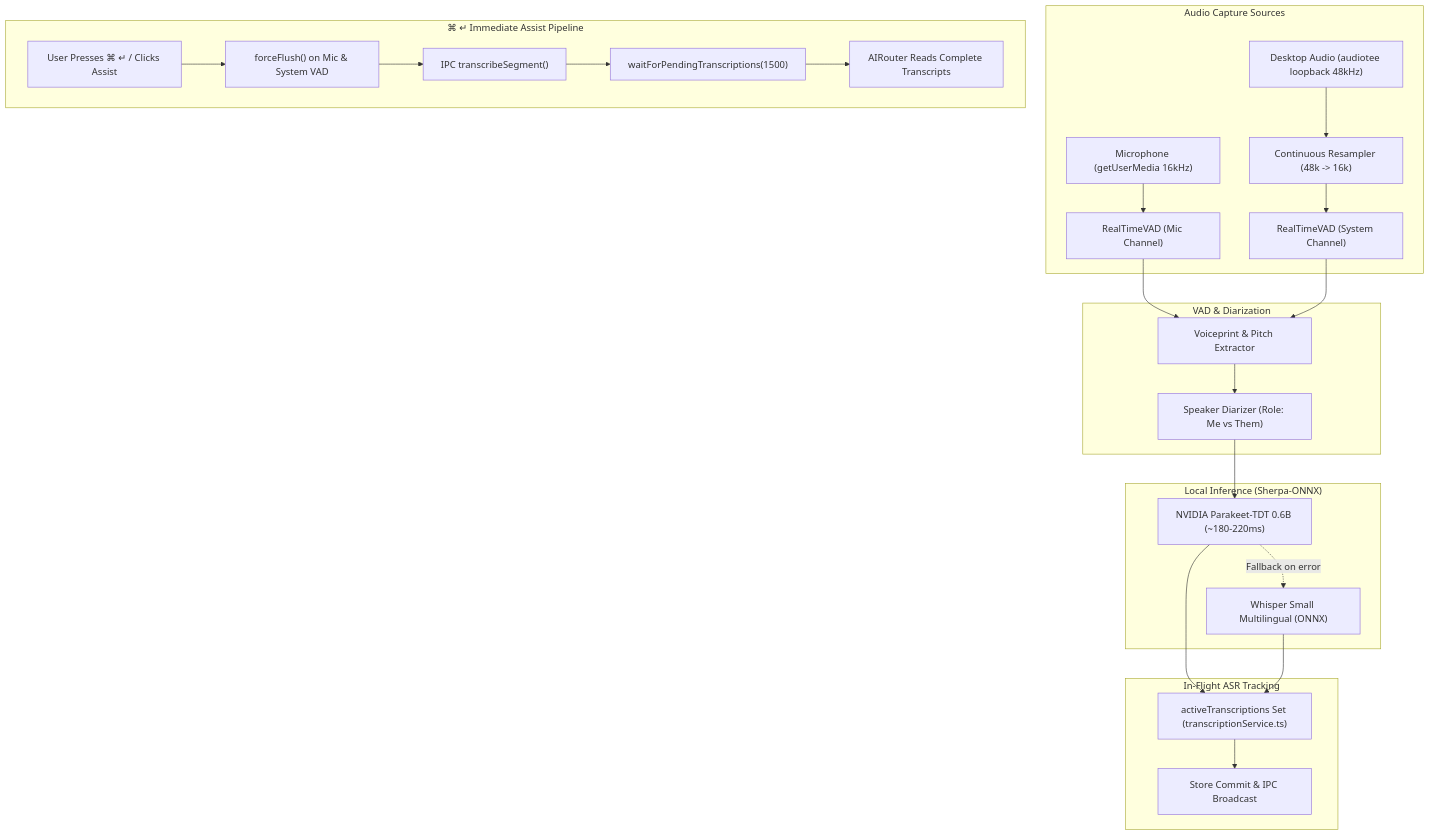
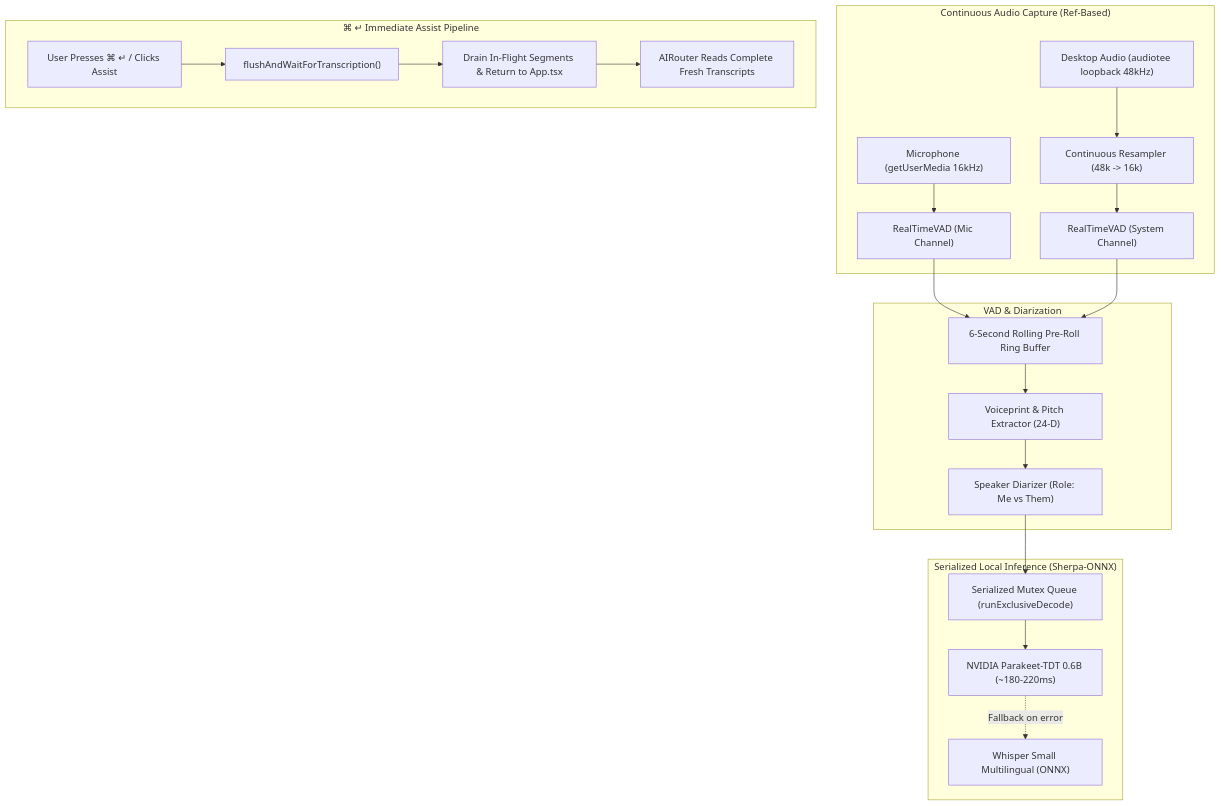
One commit to piyushgoel2808/CluelyStudio changed the diagram in docs/02_AUDIO_AND_TRANSCRIPTION_PIPELINE.md. Above: the diagram before and after it, drawn with Mermaid. The commit also changed other lines of this file and 26 other files, not shown here.

````diff
--- a/docs/02_AUDIO_AND_TRANSCRIPTION_PIPELINE.md
+++ b/docs/02_AUDIO_AND_TRANSCRIPTION_PIPELINE.md
@@ -15,32 +15,27 @@
 ```mermaid
 flowchart TD
-    subgraph AudioSources["Audio Capture Sources"]
+    subgraph AudioSources["Continuous Audio Capture (Ref-Based)"]
         MicInput["Microphone (getUserMedia 16kHz)"] --> MicVAD["RealTimeVAD (Mic Channel)"]
         SysInput["Desktop Audio (audiotee loopback 48kHz)"] --> SysResampler["Continuous Resampler (48k -> 16k)"]
         SysResampler --> SysVAD["RealTimeVAD (System Channel)"]
     end
 
     subgraph FeatureAndDiarization["VAD & Diarization"]
-        MicVAD --> VoiceprintExtractor["Voiceprint & Pitch Extractor"]
-        SysVAD --> VoiceprintExtractor
+        MicVAD --> RingBuf["6-Second Rolling Pre-Roll Ring Buffer"]
+        SysVAD --> RingBuf
+        RingBuf --> VoiceprintExtractor["Voiceprint & Pitch Extractor (24-D)"]
         VoiceprintExtractor --> Diarizer["Speaker Diarizer (Role: Me vs Them)"]
     end
 
-    subgraph TranscriptionEngines["Local Inference (Sherpa-ONNX)"]
-        Diarizer --> ParakeetEngine["NVIDIA Parakeet-TDT 0.6B (~180-220ms)"]
+    subgraph SerializedInference["Serialized Local Inference (Sherpa-ONNX)"]
+        Diarizer --> MutexQueue["Serialized Mutex Queue (runExclusiveDecode)"]
+        MutexQueue --> ParakeetEngine["NVIDIA Parakeet-TDT 0.6B (~180-220ms)"]
         ParakeetEngine -.->|Fallback on error| WhisperEngine["Whisper Small Multilingual (ONNX)"]
     end
 
-    subgraph ActiveTracking["In-Flight ASR Tracking"]
-        ParakeetEngine --> ActiveASR["activeTranscriptions Set (transcriptionService.ts)"]
-        WhisperEngine --> ActiveASR
-        ActiveASR --> StoreCommit["Store Commit & IPC Broadcast"]
-    end
-
     subgraph InstantFlush["⌘ ↵ Immediate Assist Pipeline"]
-        CmdEnter["User Presses ⌘ ↵ / Clicks Assist"] --> ForceFlush["forceFlush() on Mic & System VAD"]
-        ForceFlush --> FlushASR["IPC transcribeSegment()"]
-        FlushASR --> WaitForASR["waitForPendingTranscriptions(1500)"]
-        WaitForASR --> AIRouterRead["AIRouter Reads Complete Transcripts"]
+        CmdEnter["User Presses ⌘ ↵ / Clicks Assist"] --> ForceFlush["flushAndWaitForTranscription()"]
+        ForceFlush --> DrainASR["Drain In-Flight Segments & Return to App.tsx"]
+        DrainASR --> AIRouterRead["AIRouter Reads Complete Fresh Transcripts"]
     end
 ```
````
